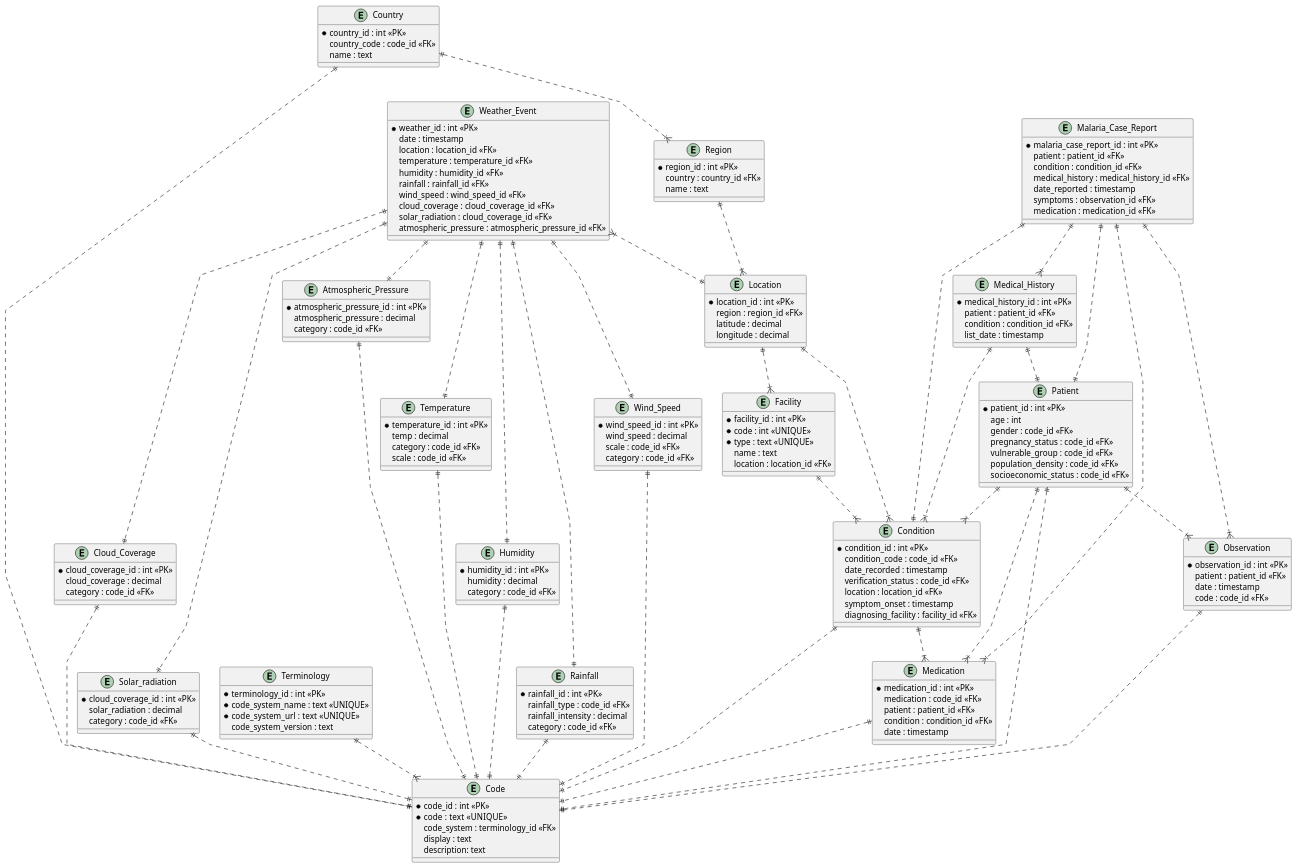
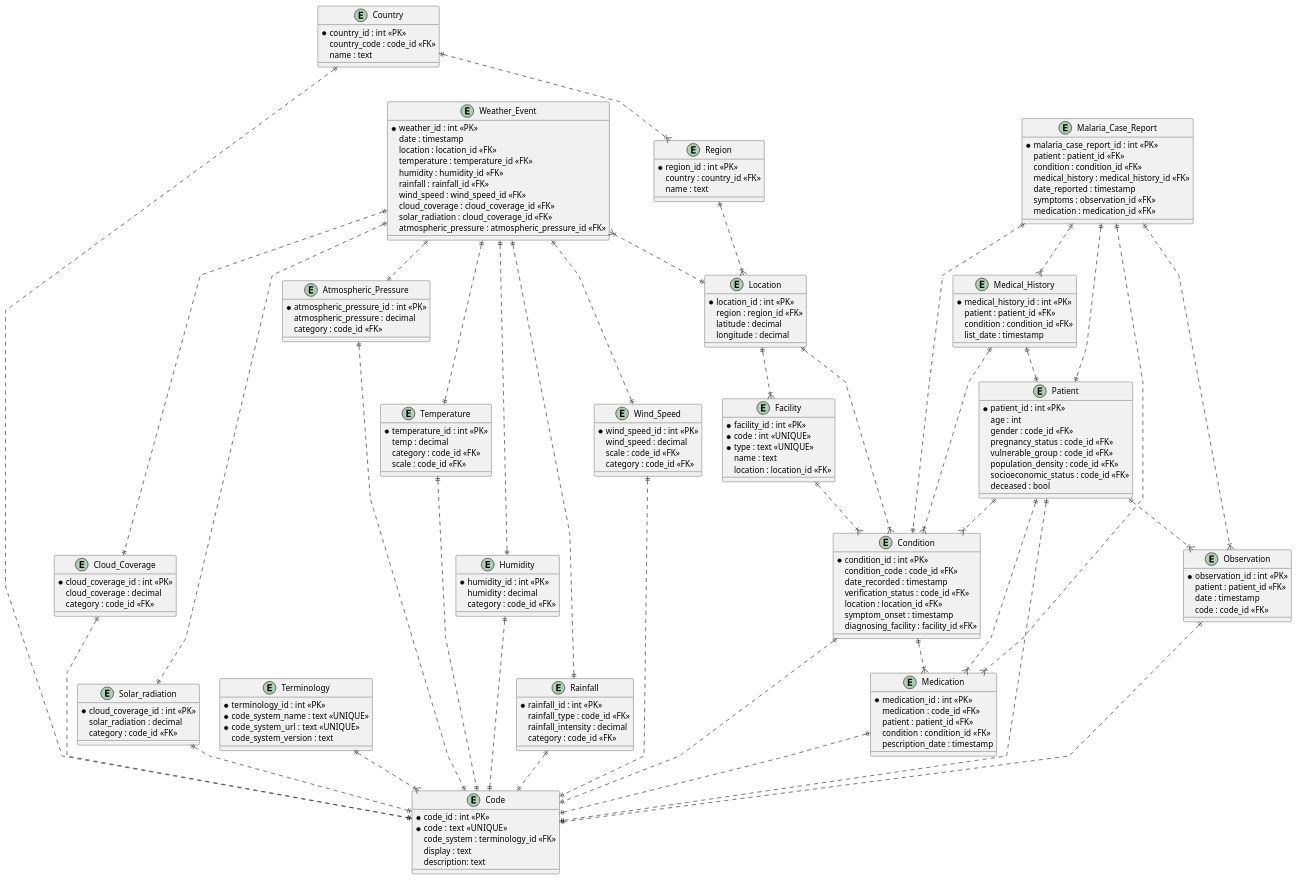
One commit to rmrlangford/One-Health changed the diagram in One Health ERD.plantuml. Above: the diagram before and after it, drawn with PlantUML.

Commit message:
Update One Health ERD.plantuml

```diff
--- a/One Health ERD.plantuml
+++ b/One Health ERD.plantuml
@@ -1,197 +1,198 @@
 @startuml
 
 ' avoid problems with angled crows feet
 'skinparam linetype ortho
 skinparam linetype polyline
 
 entity "Weather_Event" as e01 {
     *weather_id : int <<PK>>
     date : timestamp
     location : location_id <<FK>>
     temperature : temperature_id <<FK>>
     humidity : humidity_id <<FK>>
     rainfall : rainfall_id <<FK>>
     wind_speed : wind_speed_id <<FK>>
     cloud_coverage : cloud_coverage_id <<FK>>
     solar_radiation : cloud_coverage_id <<FK>>
     atmospheric_pressure : atmospheric_pressure_id <<FK>>
 }
 
 entity "Temperature" as e10 {
     *temperature_id : int <<PK>>
     temp : decimal
     category : code_id <<FK>>
     scale : code_id <<FK>>
 }
 
 entity "Location" as e02 {
     *location_id : int <<PK>>
     region : region_id <<FK>>
     latitude : decimal
     longitude : decimal
 }
 
 entity "Region" as e03 {
     *region_id : int <<PK>>
     country : country_id <<FK>>
     name : text
 }
 
 entity "Country" as e04 {
     *country_id : int <<PK>>
     country_code : code_id <<FK>>
     name : text
 }
 
 entity "Facility" as e05 {
     *facility_id : int <<PK>>
     *code : int <<UNIQUE>>
     *type : text <<UNIQUE>>
     name : text
     location : location_id <<FK>>
 }
 
 entity "Condition" as e08 {
     *condition_id : int <<PK>>
     condition_code : code_id <<FK>>
     date_recorded : timestamp
     verification_status : code_id <<FK>>
     location : location_id <<FK>>
     symptom_onset : timestamp
     diagnosing_facility : facility_id <<FK>>
 }
 
 entity "Terminology" as e13 {
     *terminology_id : int <<PK>>
     *code_system_name : text <<UNIQUE>>
     *code_system_url : text  <<UNIQUE>>
     code_system_version : text
 }
 
 entity "Code" as e14 {
     *code_id : int <<PK>>
     *code : text  <<UNIQUE>>
     code_system : terminology_id <<FK>>
     display : text
     description: text
 }
 
 entity "Humidity" as e15 {
     *humidity_id : int <<PK>>
     humidity : decimal
     category : code_id <<FK>>
 }
 
 entity "Patient" as e17 {
     *patient_id : int <<PK>>
     age : int
     gender : code_id <<FK>>
     pregnancy_status : code_id <<FK>>
     vulnerable_group : code_id <<FK>>
     population_density : code_id <<FK>>
     socioeconomic_status : code_id <<FK>>
+    deceased : bool
 }
 
 entity "Rainfall" as e20 {
     *rainfall_id : int <<PK>>
     rainfall_type : code_id <<FK>>
     rainfall_intensity : decimal
     category : code_id <<FK>>
 }
 
 entity "Wind_Speed" as e23 {
     *wind_speed_id : int <<PK>>
     wind_speed : decimal
     scale : code_id <<FK>>
     category : code_id <<FK>>
 }
 
 entity "Cloud_Coverage" as e24 {
     *cloud_coverage_id : int <<PK>>
     cloud_coverage : decimal
     category : code_id <<FK>>
 }
 
 entity "Solar_radiation" as e25 {
     *cloud_coverage_id : int <<PK>>
     solar_radiation : decimal
     category : code_id <<FK>>
 }
 
 entity "Atmospheric_Pressure" as e26 {
     *atmospheric_pressure_id : int <<PK>>
     atmospheric_pressure : decimal
     category : code_id <<FK>>
 }
 
 entity "Malaria_Case_Report" as e27 {
     *malaria_case_report_id : int <<PK>>
     patient : patient_id <<FK>>
     condition : condition_id <<FK>>
     medical_history : medical_history_id <<FK>>
     date_reported : timestamp
     symptoms : observation_id <<FK>>
     medication : medication_id <<FK>>
 }
 
 entity "Observation" as e28 {
     *observation_id : int <<PK>>
     patient : patient_id <<FK>>
     date : timestamp
     code : code_id <<FK>>
 }
 
 entity "Medical_History" as e29 {
     *medical_history_id : int <<PK>>
     patient : patient_id <<FK>>
     condition : condition_id <<FK>>
     list_date : timestamp
 }
 
 entity "Medication" as e30 {
     *medication_id : int <<PK>>
     medication : code_id <<FK>>
     patient : patient_id <<FK>>
     condition : condition_id <<FK>>
-    date : timestamp
+    pescription_date : timestamp
 }
 
 e01 }|..|| e02
 e03 ||..|{ e02
 e04 ||..|{ e03
 e02 ||..|{ e05
 e02 ||..|{ e08
 e05 ||..|{ e08
 e01 ||..|| e10
 e13 ||..|{ e14
 e08 ||..|| e14
 e04 ||..|| e14
 e15 ||..|| e14
 e01 ||..|| e15
 e10 ||..|| e14
 e17 ||..|| e14
 e17 ||..|{ e08
 e01 ||..|| e20
 e20 ||..|| e14
 e01 ||..|| e23
 e23 ||..|| e14
 e01 ||..|| e24
 e24 ||..|| e14
 e01 ||..|| e25
 e25 ||..|| e14
 e01 ||..|| e26
 e26 ||..|| e14
 e27 ||..|| e17
 e27 ||..|| e08
 e17 ||..|{ e28
 e28 ||..|| e14
 e27 ||..|{ e28
 e29 ||..|{ e08
 e29 ||..|| e17
 e27 ||..|{ e29
 e27 ||..|{ e30
 e30 ||..|| e14
 e17 ||..|{ e30
 e08 ||..|{ e30
 
 @enduml
```
